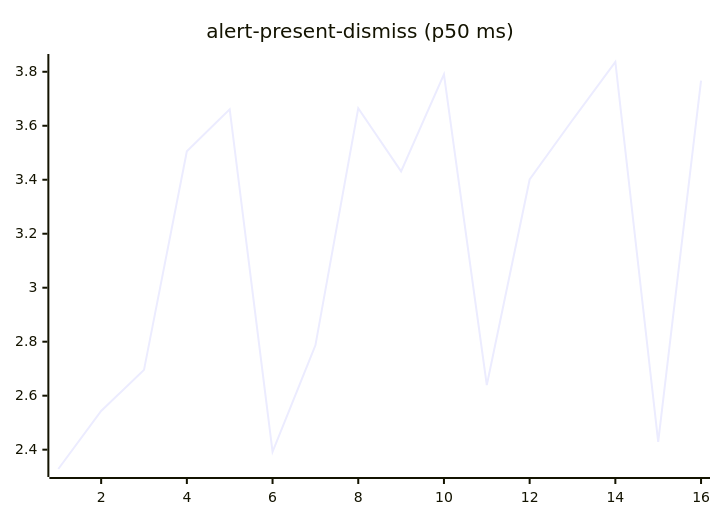
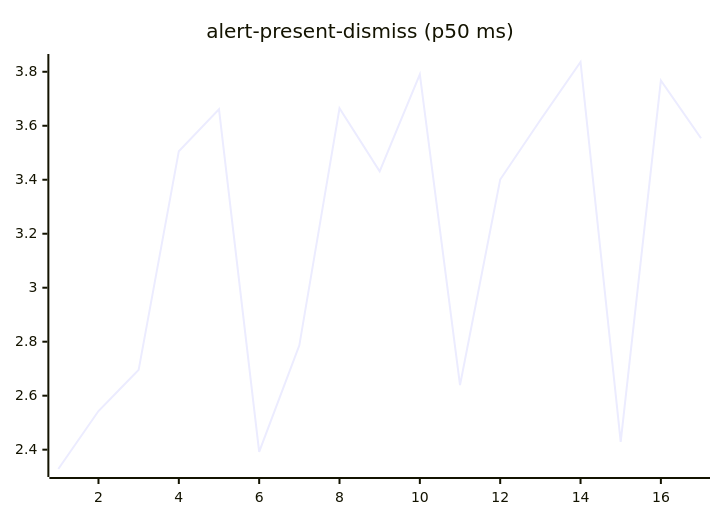
Before and after one commit to josha/Facet: the second of 27 diagrams in README.md, drawn with Mermaid. The commit also changed other lines of this file and 2 other files, not shown here.

````diff
--- a/README.md
+++ b/README.md
@@ -70,6 +70,6 @@
 ```mermaid
 xychart-beta
     title "alert-present-dismiss (p50 ms)"
-    x-axis 1 --> 16
-    line [2.3284, 2.5432, 2.6957, 3.5058, 3.6611, 2.3918, 2.7865, 3.6648, 3.4312, 3.7906, 2.6392, 3.4008, 3.6212, 3.8362, 2.4288, 3.7676]
+    x-axis 1 --> 17
+    line [2.3284, 2.5432, 2.6957, 3.5058, 3.6611, 2.3918, 2.7865, 3.6648, 3.4312, 3.7906, 2.6392, 3.4008, 3.6212, 3.8362, 2.4288, 3.7676, 3.5538]
 ```
````
